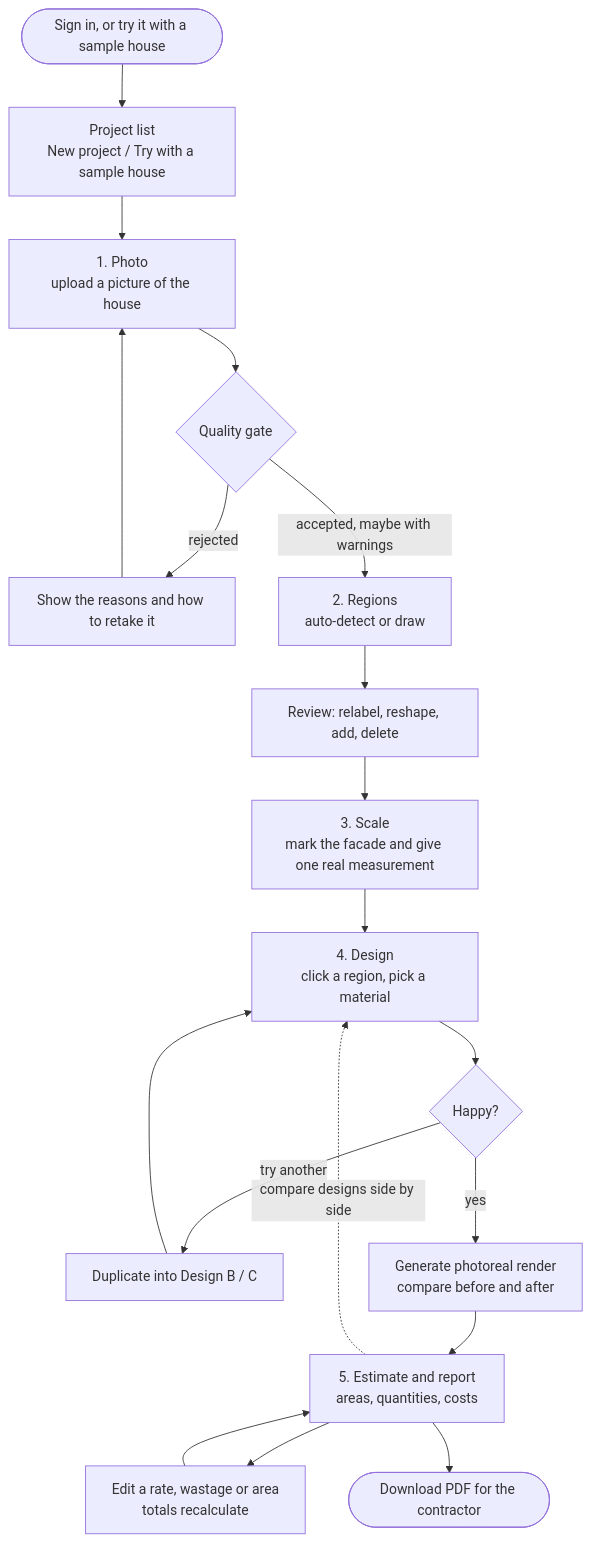
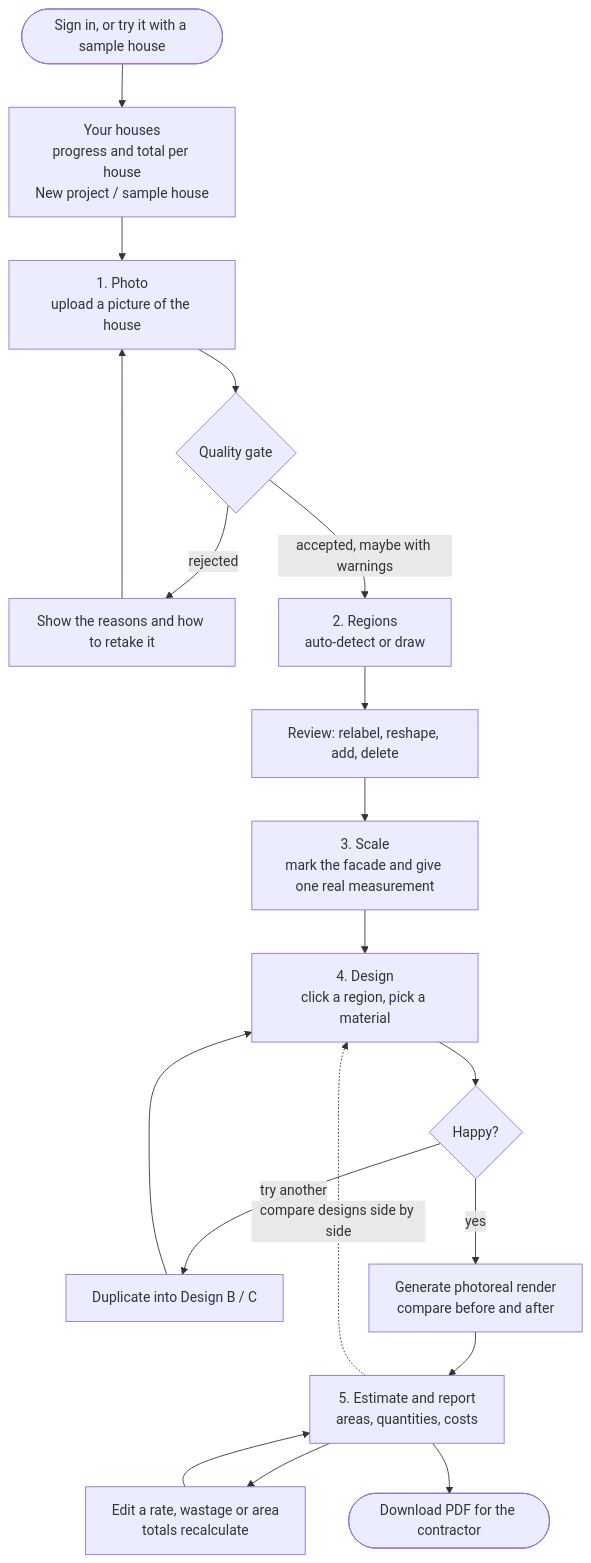
One commit to DharmikGohil/exterio changed the diagram in docs/WORKFLOW.md. Above: the diagram before and after it, drawn with Mermaid. The commit also changed 14 other files, not shown here.

First line of the commit message:
feat(web): redesign the home screen as Your houses

````diff
--- a/docs/WORKFLOW.md
+++ b/docs/WORKFLOW.md
@@ -6,17 +6,17 @@
 ```mermaid
 flowchart TD
-  S([Sign in, or try it with a sample house]) --> L[Project list<br/>New project / Try with a sample house]
+  S([Sign in, or try it with a sample house]) --> L[Your houses<br/>progress and total per house<br/>New project / sample house]
   L --> A[1. Photo<br/>upload a picture of the house]
   A --> Q{Quality gate}
   Q -- rejected --> G[Show the reasons and how to retake it] --> A
   Q -- accepted, maybe with warnings --> B[2. Regions<br/>auto-detect or draw]
   B --> B2[Review: relabel, reshape, add, delete] --> C
   C[3. Scale<br/>mark the facade and give one real measurement] --> D
   D[4. Design<br/>click a region, pick a material] --> D2{Happy?}
   D2 -- try another --> D3[Duplicate into Design B / C] --> D
   D2 -- yes --> R[Generate photoreal render<br/>compare before and after]
   R --> E[5. Estimate and report<br/>areas, quantities, costs]
   E --> E2[Edit a rate, wastage or area<br/>totals recalculate] --> E
   E --> F([Download PDF for the contractor])
   E -. compare designs side by side .-> D
 ```
````
